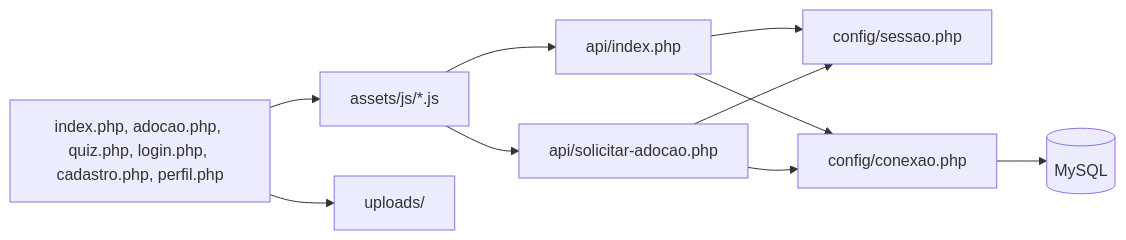
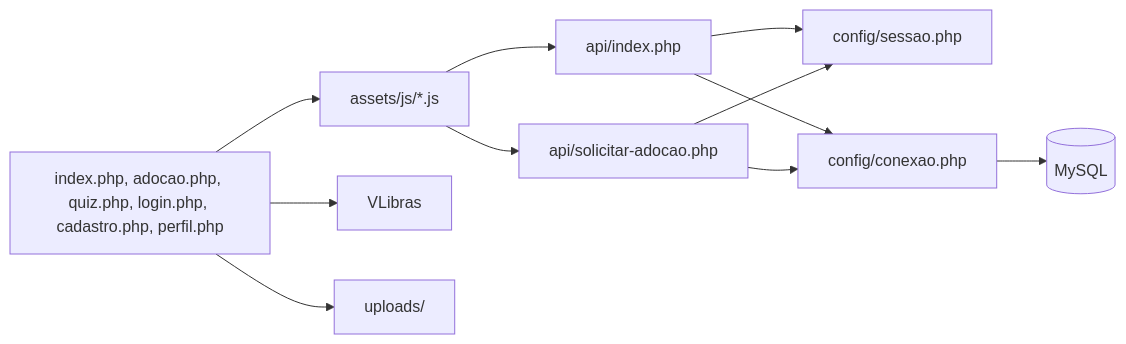
The third of 4 diagrams in docs/estrutura.md (GabrielFFreita/Pet-Vida-2026), drawn with Mermaid before and after one commit. The commit also changed other lines of this file and 6 other files, not shown here.

````diff
--- a/docs/estrutura.md
+++ b/docs/estrutura.md
@@ -131,12 +138,13 @@
 ```mermaid
 flowchart LR
     PAG["index.php, adocao.php, quiz.php, login.php, cadastro.php, perfil.php"] --> JS["assets/js/*.js"]
+    PAG --> VL["VLibras"]
     JS --> API["api/index.php"]
     JS --> SAD["api/solicitar-adocao.php"]
     API --> SES["config/sessao.php"]
     SAD --> SES
     API --> PDO["config/conexao.php"]
     SAD --> PDO
     PDO --> DB[(MySQL)]
     PAG --> UP["uploads/"]
 ```
````
